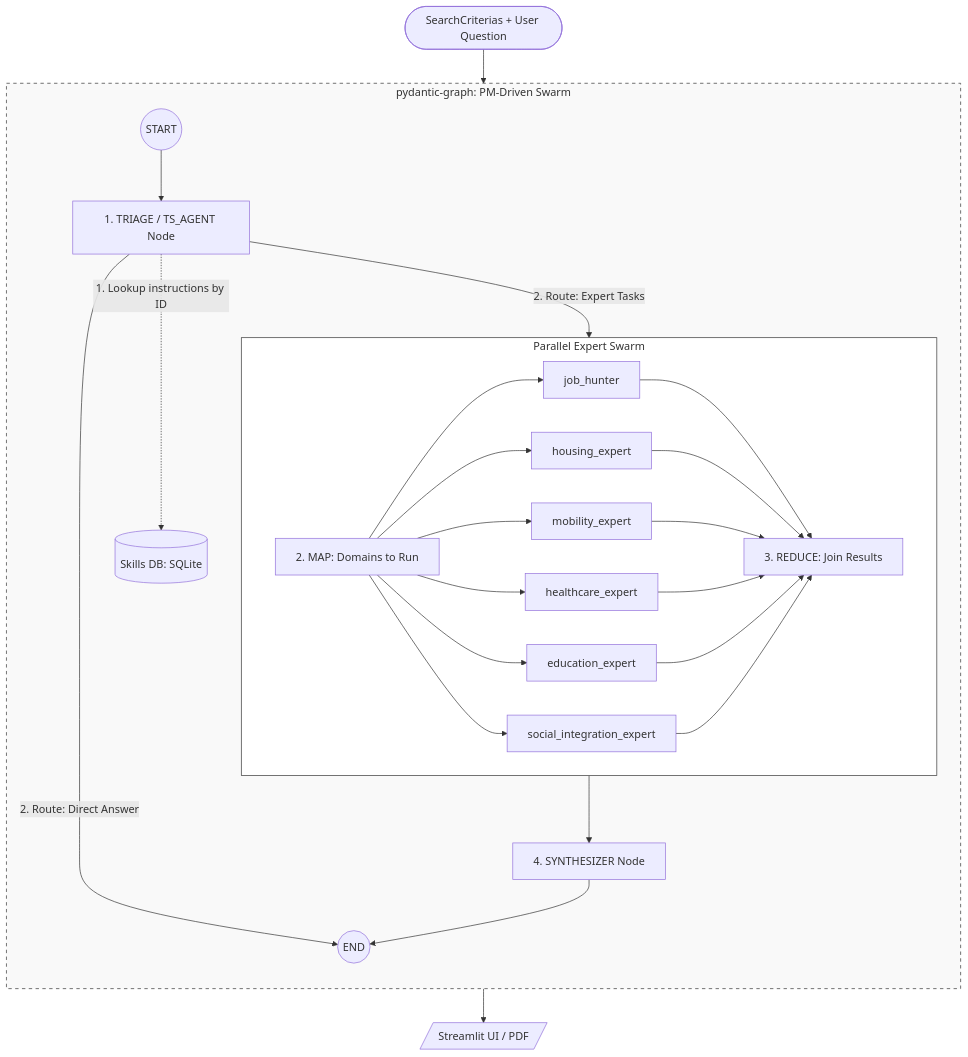
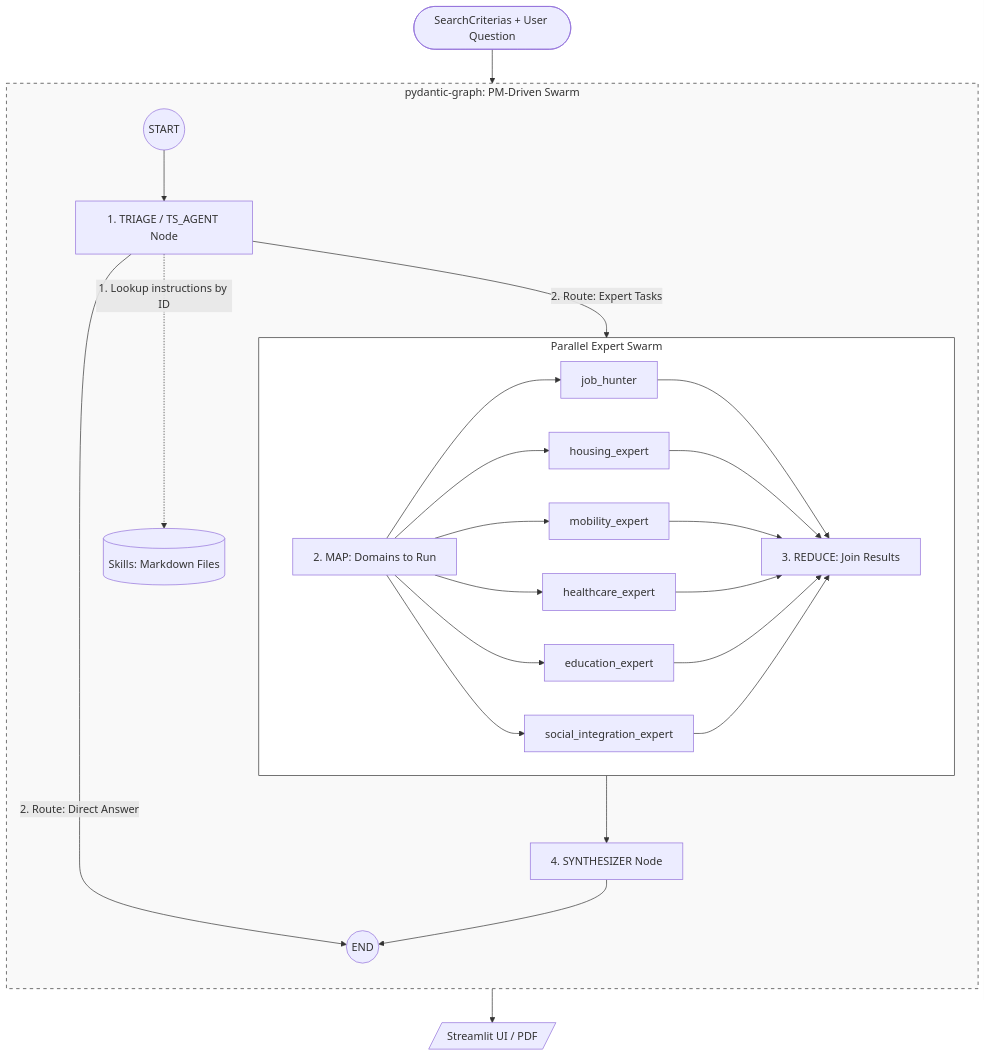
One commit to jbesan/13_odis_stream2 changed the diagram in app/agents/GRAPH_ARCHITECTURE.md. Above: the diagram before and after it, drawn with Mermaid. The commit also changed other lines of this file and 19 other files, not shown here.

Commit message:
refactor: migrate skill storage from SQLite database to filesystem-based Markdown cards and update agent expert instructions

````diff
--- a/app/agents/GRAPH_ARCHITECTURE.md
+++ b/app/agents/GRAPH_ARCHITECTURE.md
@@ -9,34 +9,34 @@
 ```mermaid
 graph TD
     Input([SearchCriterias + User Question]) --> Graph
     
     subgraph Graph [pydantic-graph: PM-Driven Swarm]
         direction TB
         GStart((START)) --> Triage[1. TRIAGE / TS_AGENT Node]
         
         %% PM Planning / Routing
-        Triage -.->|1. Lookup instructions by ID| Db[(Skills DB: SQLite)]
+        Triage -.->|1. Lookup instructions by ID| Db[(Skills: Markdown Files)]
         Triage -->|2. Route: Direct Answer| GEnd((END))
         Triage -->|2. Route: Expert Tasks| Map[2. MAP: Domains to Run]
         
         subgraph ParallelSwarm [Parallel Expert Swarm]
             direction LR
             Map --> JH[job_hunter]
             Map --> HE[housing_expert]
             Map --> ME[mobility_expert]
             Map --> HC[healthcare_expert]
             Map --> EE[education_expert]
             Map --> SI[social_integration_expert]
             
             JH & HE & ME & HC & EE & SI --> Join[3. REDUCE: Join Results]
         end
         
         Join --> Synth[4. SYNTHESIZER Node]
         Synth --> GEnd
     end
     
     GEnd --> UI[/Streamlit UI / PDF/]
     
     style Graph fill:#f9f9f9,stroke:#333,stroke-dasharray: 5 5
     style ParallelSwarm fill:#fff,stroke:#333
 ```
````
